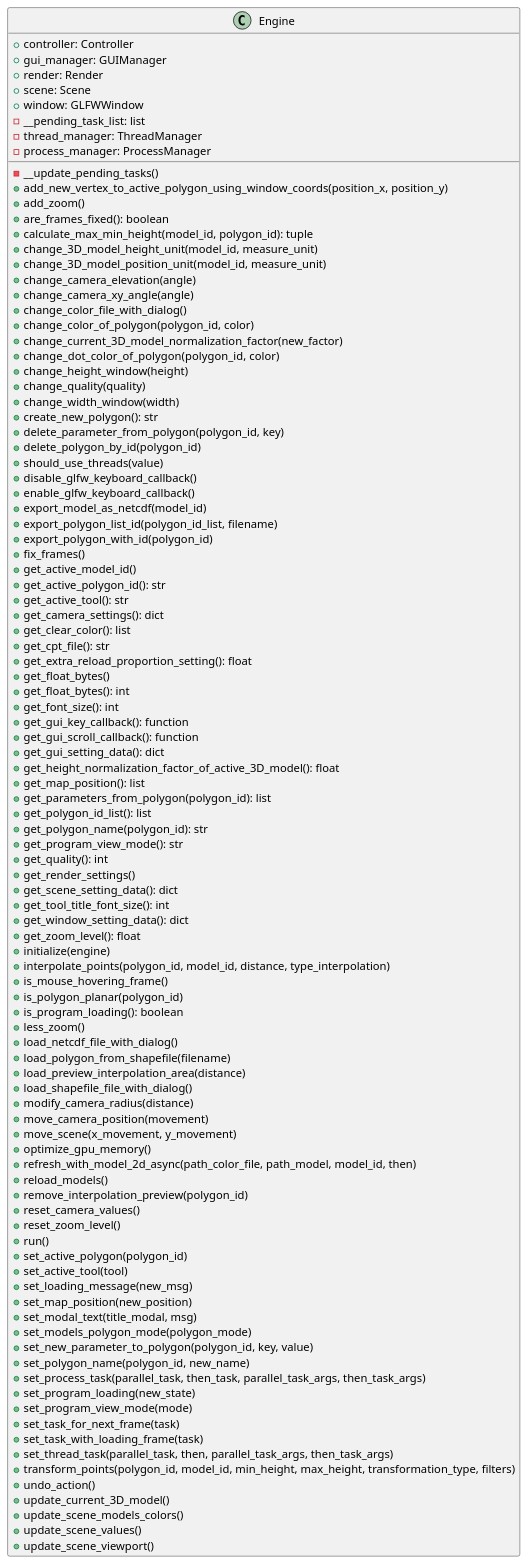
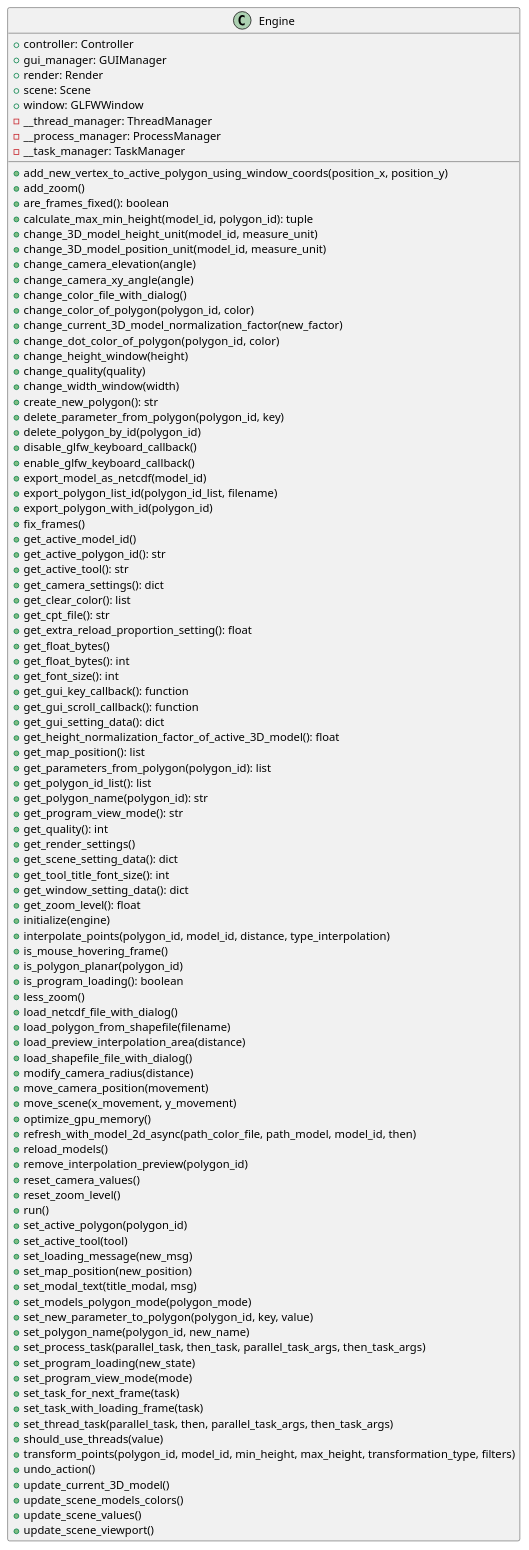
Before and after one commit to ferpoble2/Relief_Creator: the diagram in docs/classes/Engine.puml, drawn with PlantUML. The commit also changed 1 other file, not shown here.

Commit message:
Changed logic related to task to the use of an instance of the class TaskManager.
Updated documentation of engine including these changes.

```diff
--- a/docs/classes/Engine.puml
+++ b/docs/classes/Engine.puml
@@ -1,105 +1,104 @@
 @startuml
 class Engine {
     + controller: Controller
     + gui_manager: GUIManager
     + render: Render
     + scene: Scene
     + window: GLFWWindow
-    - __pending_task_list: list
-    - thread_manager: ThreadManager
-    - process_manager: ProcessManager
+    - __thread_manager: ThreadManager
+    - __process_manager: ProcessManager
+    - __task_manager: TaskManager
 
-    - __update_pending_tasks()
     + add_new_vertex_to_active_polygon_using_window_coords(position_x, position_y)
     + add_zoom()
     + are_frames_fixed(): boolean
     + calculate_max_min_height(model_id, polygon_id): tuple
     + change_3D_model_height_unit(model_id, measure_unit)
     + change_3D_model_position_unit(model_id, measure_unit)
     + change_camera_elevation(angle)
     + change_camera_xy_angle(angle)
     + change_color_file_with_dialog()
     + change_color_of_polygon(polygon_id, color)
     + change_current_3D_model_normalization_factor(new_factor)
     + change_dot_color_of_polygon(polygon_id,  color)
     + change_height_window(height)
     + change_quality(quality)
     + change_width_window(width)
     + create_new_polygon(): str
     + delete_parameter_from_polygon(polygon_id, key)
     + delete_polygon_by_id(polygon_id)
-    + should_use_threads(value)
     + disable_glfw_keyboard_callback()
     + enable_glfw_keyboard_callback()
     + export_model_as_netcdf(model_id)
     + export_polygon_list_id(polygon_id_list, filename)
     + export_polygon_with_id(polygon_id)
     + fix_frames()
     + get_active_model_id()
     + get_active_polygon_id(): str
     + get_active_tool(): str
     + get_camera_settings(): dict
     + get_clear_color(): list
     + get_cpt_file(): str
     + get_extra_reload_proportion_setting(): float
     + get_float_bytes()
     + get_float_bytes(): int
     + get_font_size(): int
     + get_gui_key_callback(): function
     + get_gui_scroll_callback(): function
     + get_gui_setting_data(): dict
     + get_height_normalization_factor_of_active_3D_model(): float
     + get_map_position(): list
     + get_parameters_from_polygon(polygon_id): list
     + get_polygon_id_list(): list
     + get_polygon_name(polygon_id): str
     + get_program_view_mode(): str
     + get_quality(): int
     + get_render_settings()
     + get_scene_setting_data(): dict
     + get_tool_title_font_size(): int
     + get_window_setting_data(): dict
     + get_zoom_level(): float
     + initialize(engine)
     + interpolate_points(polygon_id, model_id, distance, type_interpolation)
     + is_mouse_hovering_frame()
     + is_polygon_planar(polygon_id)
     + is_program_loading(): boolean
     + less_zoom()
     + load_netcdf_file_with_dialog()
     + load_polygon_from_shapefile(filename)
     + load_preview_interpolation_area(distance)
     + load_shapefile_file_with_dialog()
     + modify_camera_radius(distance)
     + move_camera_position(movement)
     + move_scene(x_movement, y_movement)
     + optimize_gpu_memory()
     + refresh_with_model_2d_async(path_color_file, path_model, model_id, then)
     + reload_models()
     + remove_interpolation_preview(polygon_id)
     + reset_camera_values()
     + reset_zoom_level()
     + run()
     + set_active_polygon(polygon_id)
     + set_active_tool(tool)
     + set_loading_message(new_msg)
     + set_map_position(new_position)
     + set_modal_text(title_modal, msg)
     + set_models_polygon_mode(polygon_mode)
     + set_new_parameter_to_polygon(polygon_id, key, value)
     + set_polygon_name(polygon_id, new_name)
     + set_process_task(parallel_task, then_task, parallel_task_args, then_task_args)
     + set_program_loading(new_state)
     + set_program_view_mode(mode)
     + set_task_for_next_frame(task)
     + set_task_with_loading_frame(task)
     + set_thread_task(parallel_task, then, parallel_task_args, then_task_args)
+    + should_use_threads(value)
     + transform_points(polygon_id, model_id, min_height, max_height, transformation_type, filters)
     + undo_action()
     + update_current_3D_model()
     + update_scene_models_colors()
     + update_scene_values()
     + update_scene_viewport()
 }
 
 @enduml
```
